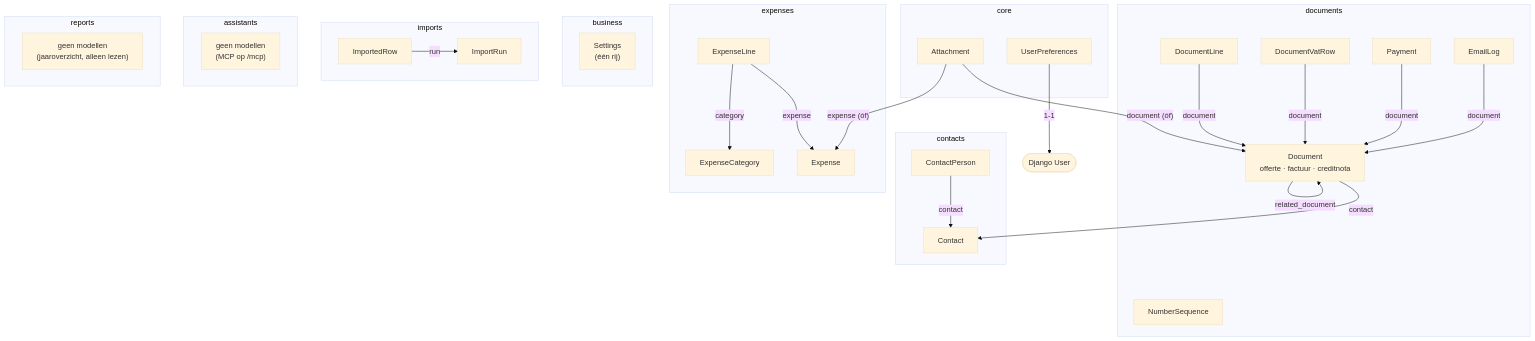
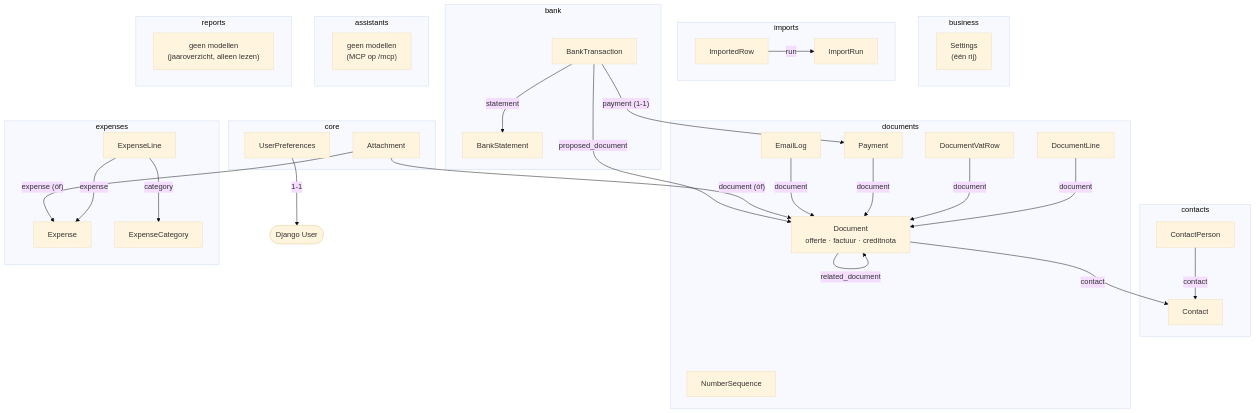
One commit to codebyarne/huismus changed the diagram in docs/architectuur.md. Above: the diagram before and after it, drawn with Mermaid (base theme). The commit also changed other lines of this file and 14 other files, not shown here.

Commit message:
fix(bank): test IBANs, architecture diagram, Dutch bank menus marked in English help

````diff
--- a/docs/architectuur.md
+++ b/docs/architectuur.md
@@ -17,41 +17,46 @@
 ```mermaid
 flowchart TB
     subgraph contacts
         ContactPerson --> |contact| Contact
     end
     subgraph documents
         Document["Document<br/>offerte · factuur · creditnota"]
         DocumentLine --> |document| Document
         DocumentVatRow --> |document| Document
         Payment --> |document| Document
         EmailLog --> |document| Document
         Document --> |related_document| Document
         NumberSequence
     end
     subgraph core
         Attachment
         UserPreferences
     end
     subgraph expenses
         ExpenseLine --> |expense| Expense
         ExpenseLine --> |category| ExpenseCategory
     end
     subgraph business
         Settings["Settings<br/>(één rij)"]
     end
     subgraph imports
         ImportedRow --> |run| ImportRun
     end
+    subgraph bank
+        BankTransaction --> |statement| BankStatement
+    end
     subgraph assistants
         MCP["geen modellen<br/>(MCP op /mcp)"]
     end
     subgraph reports
         YearOverview["geen modellen<br/>(jaaroverzicht, alleen lezen)"]
     end
     User(["Django User"])
 
     Document --> |contact| Contact
     Attachment --> |"document (óf)"| Document
     Attachment --> |"expense (óf)"| Expense
+    BankTransaction --> |"payment (1-1)"| Payment
+    BankTransaction --> |proposed_document| Document
     UserPreferences --> |"1-1"| User
 ```
````
